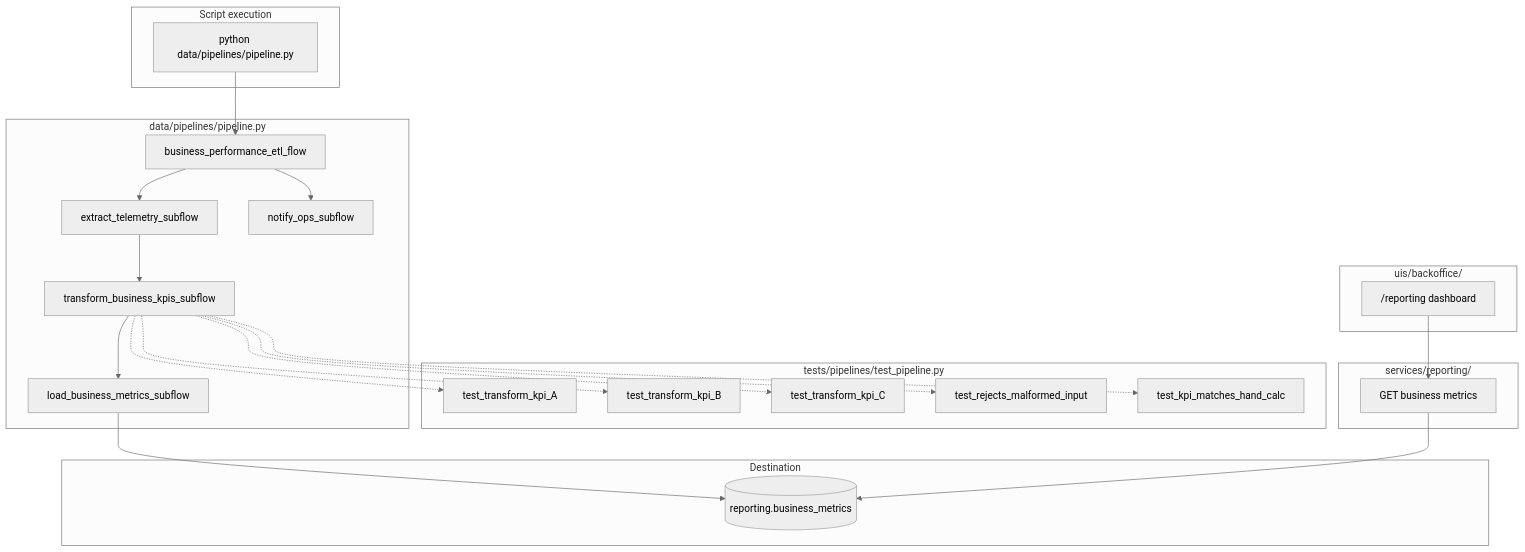
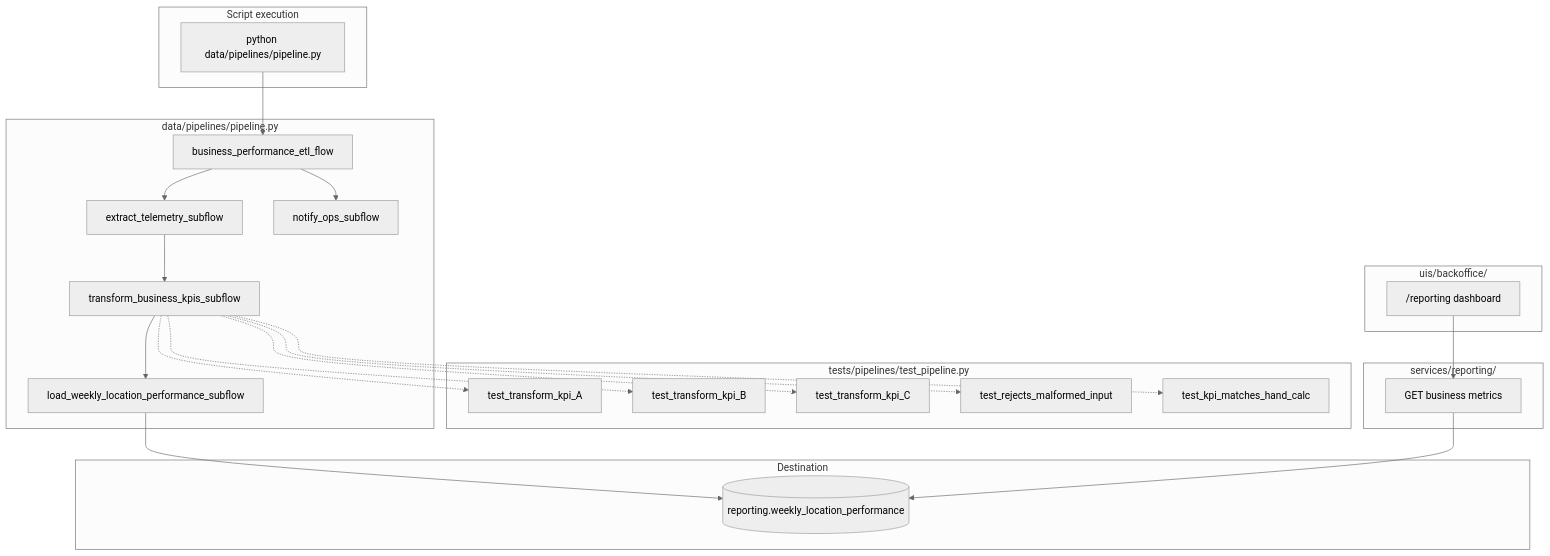
The diagram in content/projects/ai-eng-milestone-data-pipeline-enhancement/.learn/solution/README.md (4GeeksAcademy/ai-engineering-syllabus), drawn with Mermaid (neutral theme) before and after one commit. The commit also changed other lines of this file and 24 other files, not shown here.

````diff
--- a/content/projects/ai-eng-milestone-data-pipeline-enhancement/.learn/solution/README.md
+++ b/content/projects/ai-eng-milestone-data-pipeline-enhancement/.learn/solution/README.md
@@ -18,39 +20,39 @@
 ```mermaid
 flowchart TD
   subgraph main [data/pipelines/pipeline.py]
     MAIN[business_performance_etl_flow]
     EXT[extract_telemetry_subflow]
     TRF[transform_business_kpis_subflow]
-    LOD[load_business_metrics_subflow]
+    LOD[load_weekly_location_performance_subflow]
     OPT[notify_ops_subflow]
   end
   subgraph tests [tests/pipelines/test_pipeline.py]
     T1[test_transform_kpi_A]
     T2[test_transform_kpi_B]
     T3[test_transform_kpi_C]
     T4[test_rejects_malformed_input]
     T5[test_kpi_matches_hand_calc]
   end
   subgraph ui [uis/backoffice/]
     DASH["/reporting dashboard"]
   end
   subgraph api [services/reporting/]
     KPI[GET business metrics]
   end
   subgraph dest [Destination]
-    RPT[(reporting.business_metrics)]
+    RPT[(reporting.weekly_location_performance)]
   end
   subgraph cli [Script execution]
     RUN[python data/pipelines/pipeline.py]
   end
   MAIN --> EXT --> TRF --> LOD
   MAIN --> OPT
   LOD --> RPT
   TRF -.-> T1
   TRF -.-> T2
   TRF -.-> T3
   TRF -.-> T4
   TRF -.-> T5
   DASH --> KPI --> RPT
   RUN --> MAIN
 ```
````
